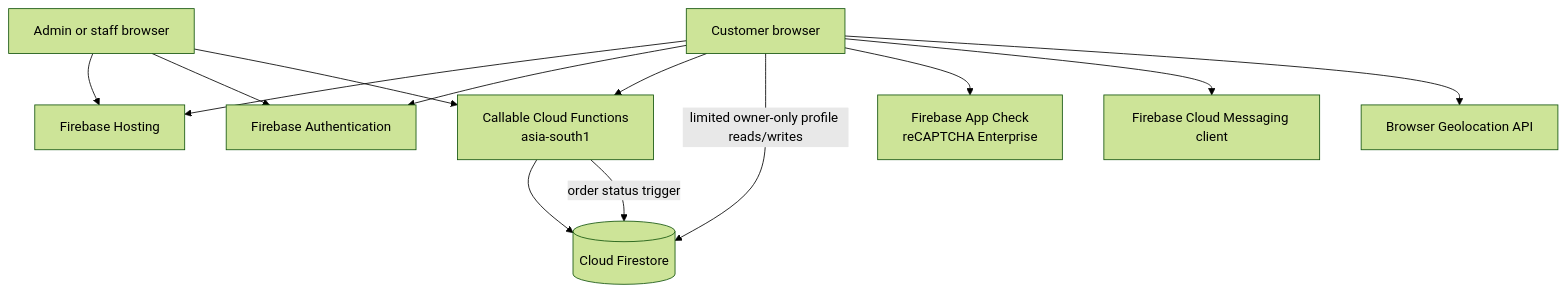
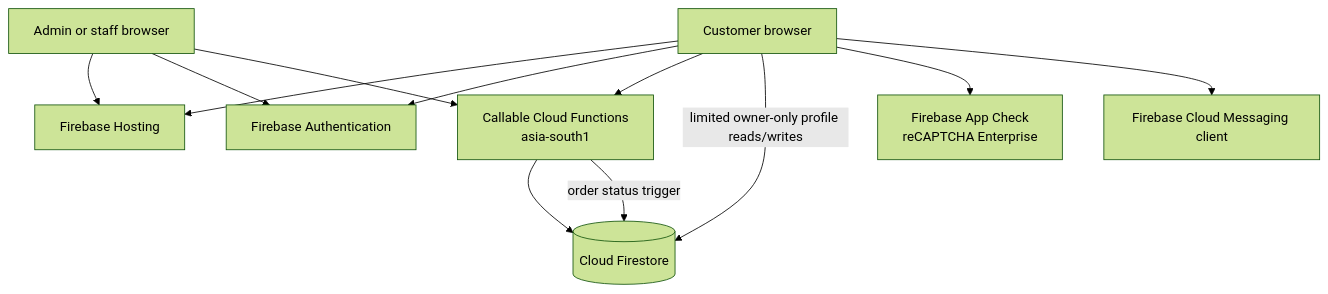
Before and after one commit to cravinghavencom-rgb/craving-heaven: the diagram in docs/DEVELOPMENT_AND_INFRASTRUCTURE_GUIDE.md, drawn with Mermaid (forest theme). The commit also changed other lines of this file and 4 other files, not shown here.

Commit message:
Add customer language and order reward flow

````diff
--- a/docs/DEVELOPMENT_AND_INFRASTRUCTURE_GUIDE.md
+++ b/docs/DEVELOPMENT_AND_INFRASTRUCTURE_GUIDE.md
@@ -38,15 +39,14 @@
 ```mermaid
 flowchart TD
   Customer[Customer browser] --> Hosting[Firebase Hosting]
   Team[Admin or staff browser] --> Hosting
   Customer --> Auth[Firebase Authentication]
   Team --> Auth
   Customer --> Functions[Callable Cloud Functions<br/>asia-south1]
   Team --> Functions
   Functions --> Firestore[(Cloud Firestore)]
   Customer -->|limited owner-only profile reads/writes| Firestore
   Customer --> AppCheck[Firebase App Check<br/>reCAPTCHA Enterprise]
   Customer --> FCM[Firebase Cloud Messaging client]
   Functions -->|order status trigger| Firestore
-  Customer --> BrowserGPS[Browser Geolocation API]
 ```
````
